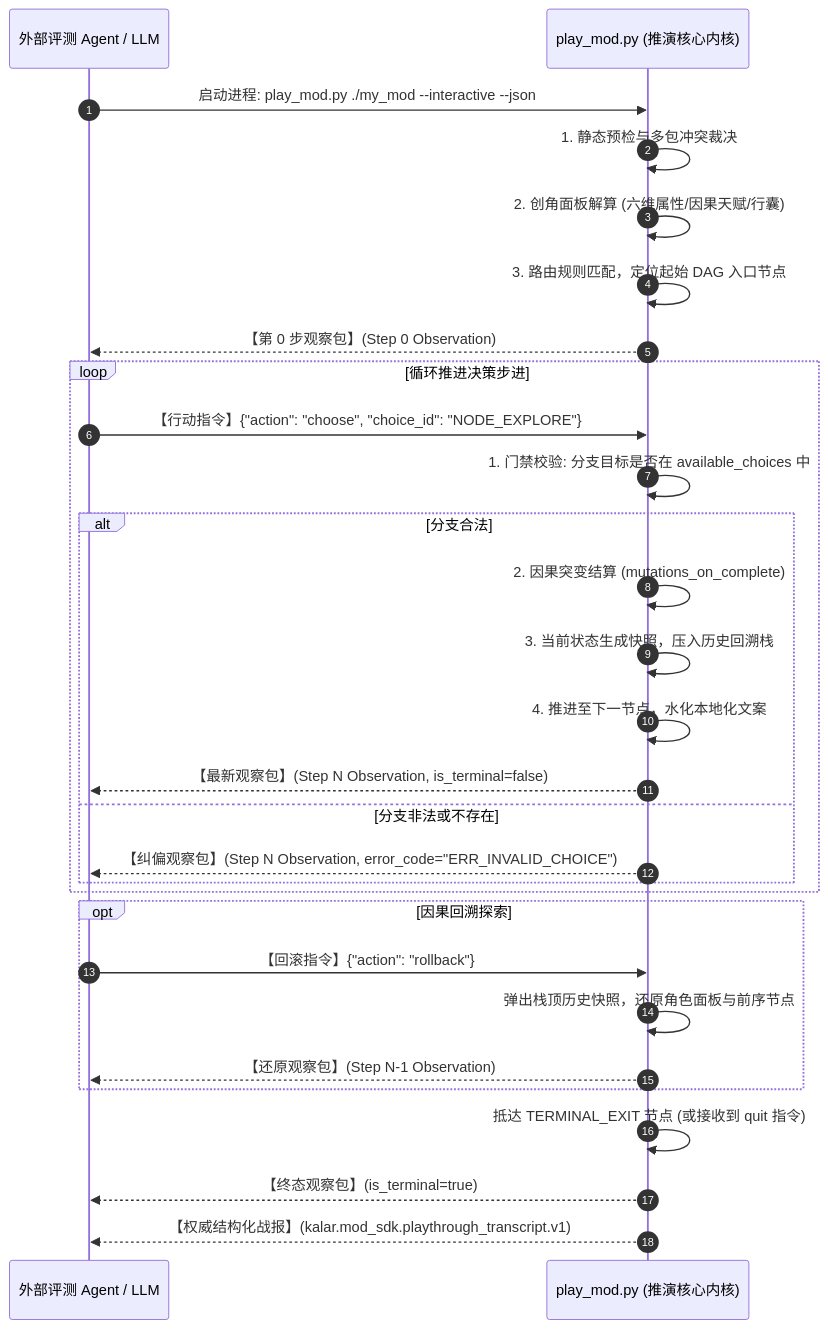
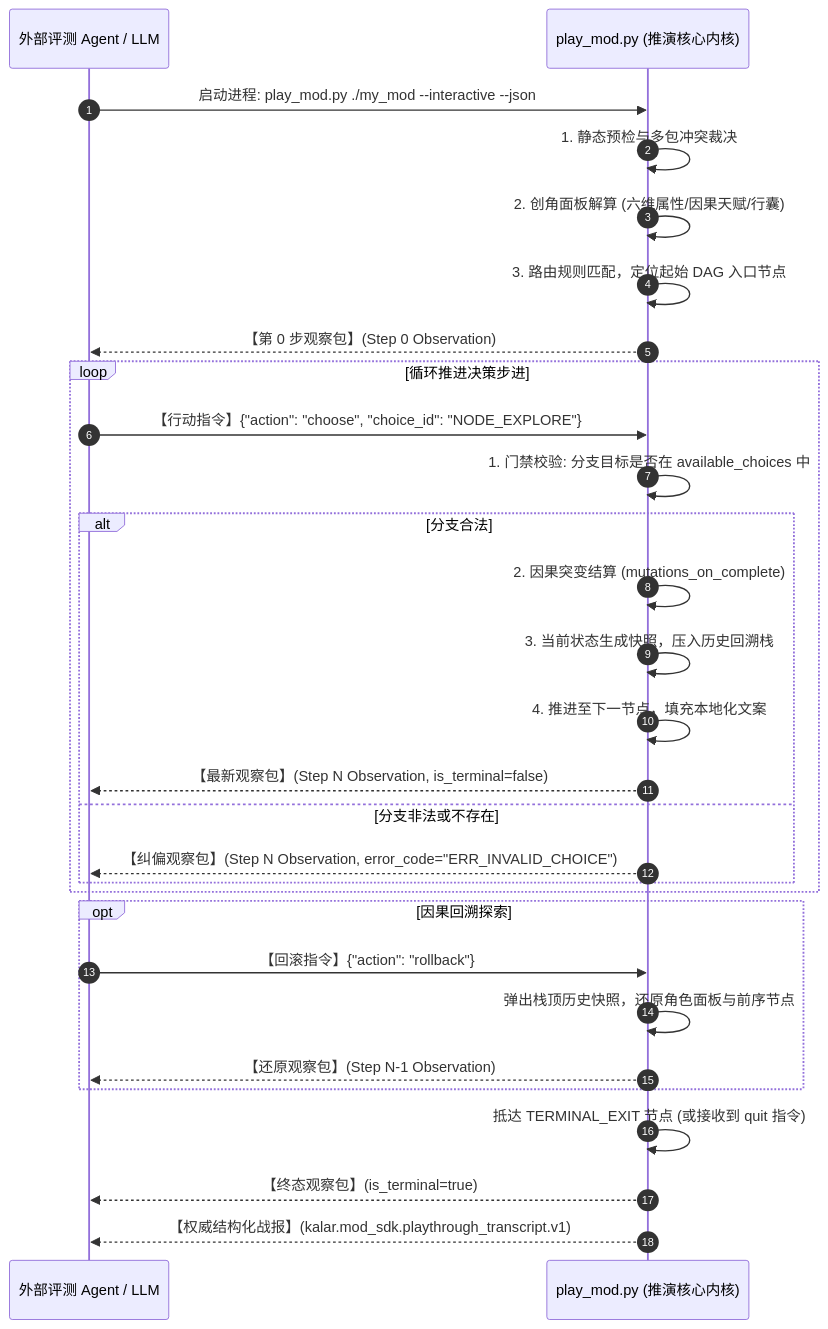
The first of 2 diagrams in WebGames/mod_sdk/docs/AGENT_INTERACTION.md (guilingzhouyi-creator/vscode-extensions), drawn with Mermaid before and after one commit. The commit also changed other lines of this file and 9 other files, not shown here.

````diff
--- a/WebGames/mod_sdk/docs/AGENT_INTERACTION.md
+++ b/WebGames/mod_sdk/docs/AGENT_INTERACTION.md
@@ -41,35 +41,35 @@
 ```mermaid
 sequenceDiagram
     autonumber
     participant Agent as 外部评测 Agent / LLM
     participant Engine as play_mod.py (推演核心内核)
 
     Agent->>Engine: 启动进程: play_mod.py ./my_mod --interactive --json
     Engine->>Engine: 1. 静态预检与多包冲突裁决
     Engine->>Engine: 2. 创角面板解算 (六维属性/因果天赋/行囊)
     Engine->>Engine: 3. 路由规则匹配，定位起始 DAG 入口节点
     Engine-->>Agent: 【第 0 步观察包】(Step 0 Observation)
     
     loop 循环推进决策步进
         Agent->>Engine: 【行动指令】{"action": "choose", "choice_id": "NODE_EXPLORE"}
         Engine->>Engine: 1. 门禁校验: 分支目标是否在 available_choices 中
         alt 分支合法
             Engine->>Engine: 2. 因果突变结算 (mutations_on_complete)
             Engine->>Engine: 3. 当前状态生成快照，压入历史回溯栈
-            Engine->>Engine: 4. 推进至下一节点，水化本地化文案
+            Engine->>Engine: 4. 推进至下一节点，填充本地化文案
             Engine-->>Agent: 【最新观察包】(Step N Observation, is_terminal=false)
         else 分支非法或不存在
             Engine-->>Agent: 【纠偏观察包】(Step N Observation, error_code="ERR_INVALID_CHOICE")
         end
     end
 
     opt 因果回溯探索
         Agent->>Engine: 【回滚指令】{"action": "rollback"}
         Engine->>Engine: 弹出栈顶历史快照，还原角色面板与前序节点
         Engine-->>Agent: 【还原观察包】(Step N-1 Observation)
     end
 
     Engine->>Engine: 抵达 TERMINAL_EXIT 节点 (或接收到 quit 指令)
     Engine-->>Agent: 【终态观察包】(is_terminal=true)
     Engine-->>Agent: 【权威结构化战报】(kalar.mod_sdk.playthrough_transcript.v1)
 ```
````
